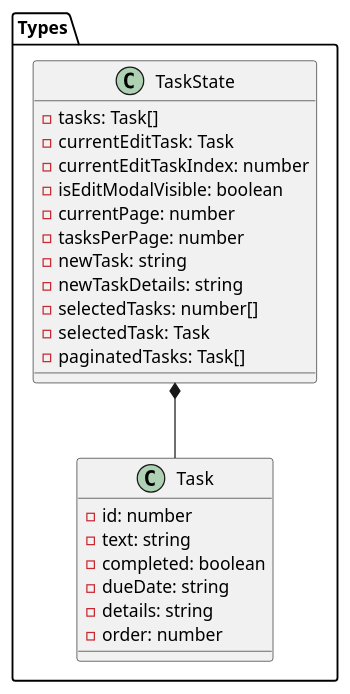
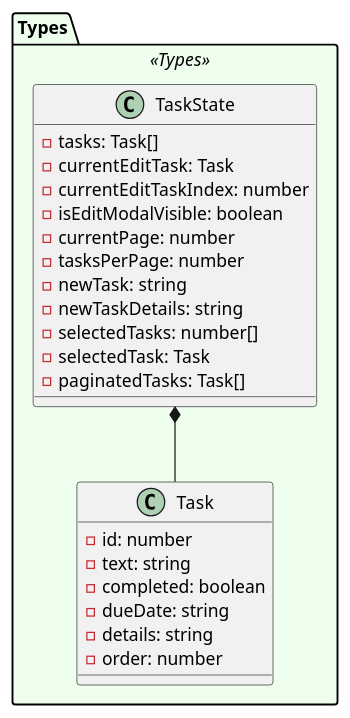
The second of 4 diagrams in docs/puml/TaskClassDiagram.puml (Takayuki-Suda/nuxt-todo-app-document), drawn with PlantUML before and after one commit. The commit also changed other lines of this file and 4 other files, not shown here.

First line of the commit message:
feat: クラス図に色を追加し、視覚的に見やすくしました

```diff
--- a/docs/puml/TaskClassDiagram.puml
+++ b/docs/puml/TaskClassDiagram.puml
@@ -15,28 +21,32 @@
 @startuml
-package "Types" {
+skinparam package {
+  BackgroundColor<<Types>> #EEFFEE
+}
+
+package "Types" <<Types>> {
   class TaskState {
     - tasks: Task[]
     - currentEditTask: Task
     - currentEditTaskIndex: number
     - isEditModalVisible: boolean
     - currentPage: number
     - tasksPerPage: number
     - newTask: string
     - newTaskDetails: string
     - selectedTasks: number[]
     - selectedTask: Task
     - paginatedTasks: Task[]
   }
 
   class Task {
     - id: number
     - text: string
     - completed: boolean
     - dueDate: string
     - details: string
     - order: number
   }
 
   TaskState *-- Task
 }
 @enduml
```
